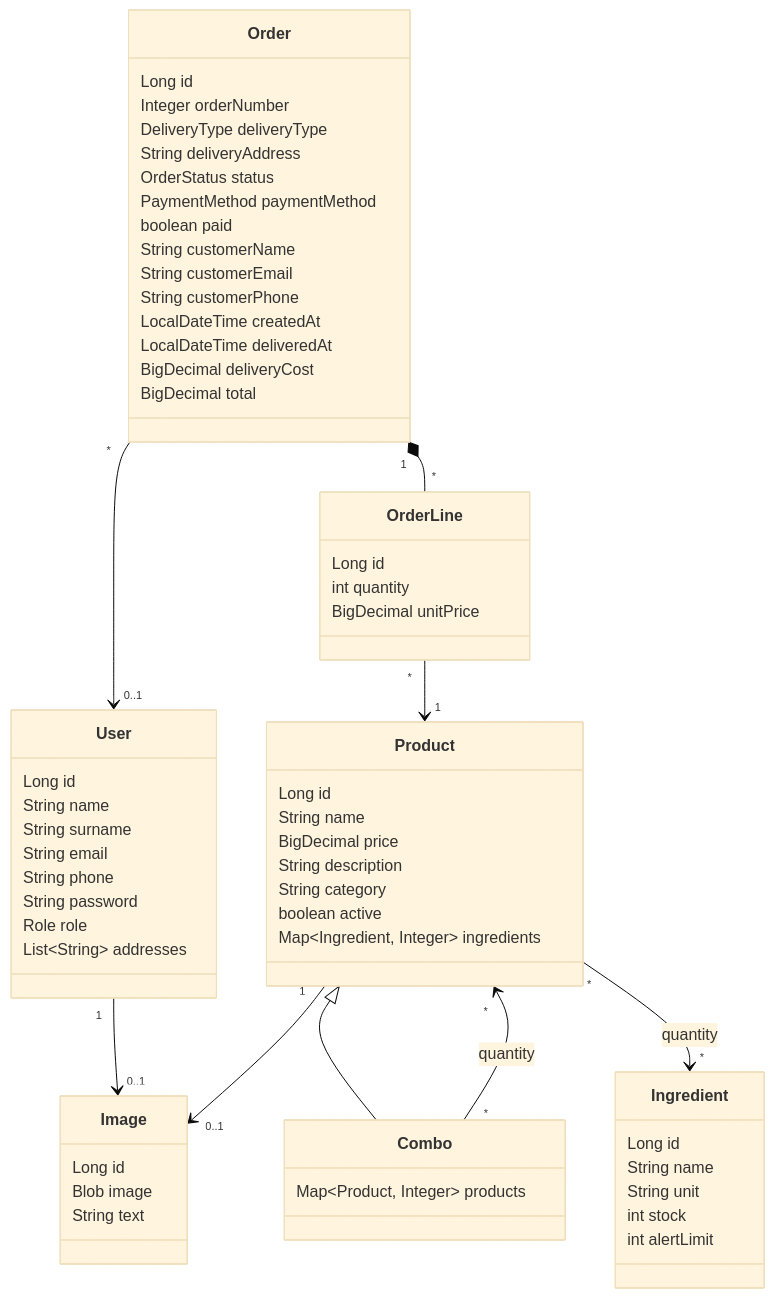
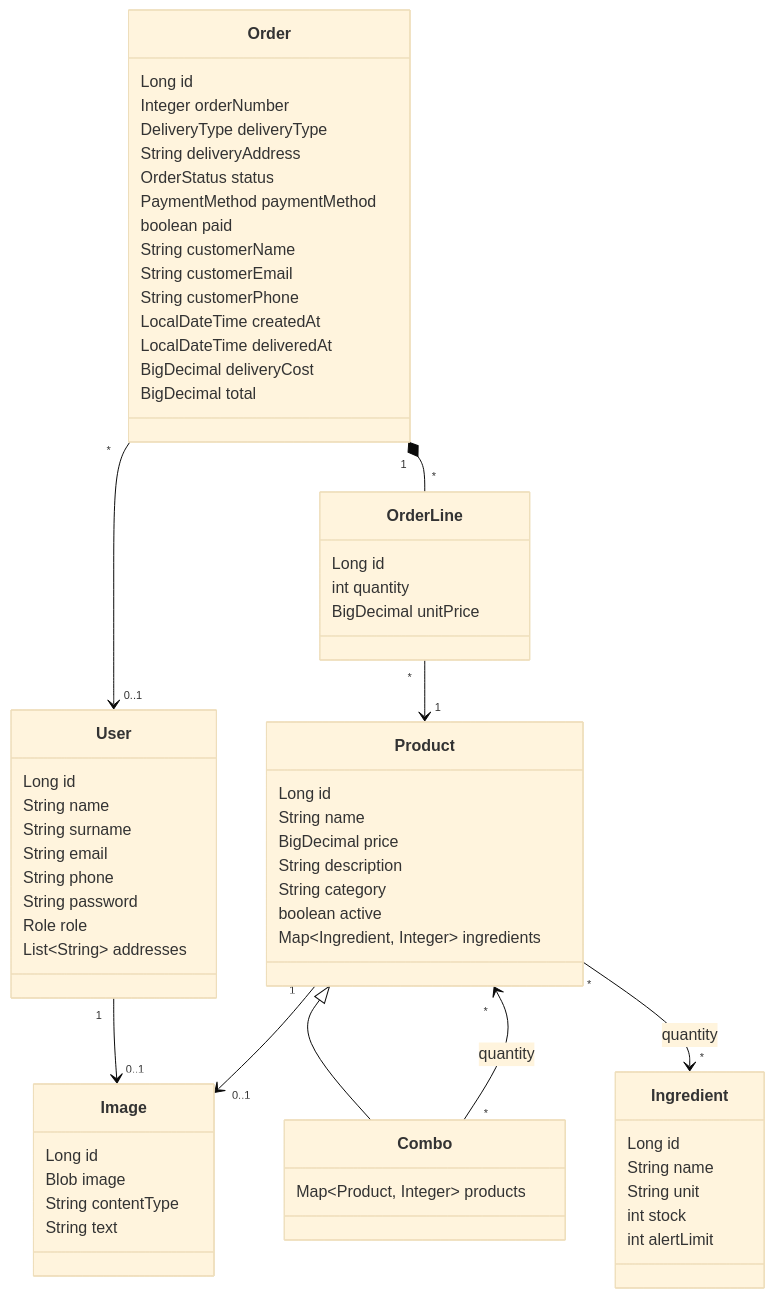
The first of 2 diagrams in docs/development-guide.md (codeurjc-students/2026-Kombo), drawn with Mermaid (base theme) before and after one commit. The commit also changed other lines of this file and 6 other files, not shown here.

````diff
--- a/docs/development-guide.md
+++ b/docs/development-guide.md
@@ -65,67 +65,68 @@
 ```mermaid
 classDiagram
     class User {
         Long id
         String name
         String surname
         String email
         String phone
         String password
         Role role
         List~String~ addresses
     }
     class Image {
         Long id
         Blob image
+        String contentType
         String text
     }
     class Ingredient {
         Long id
         String name
         String unit
         int stock
         int alertLimit
     }
     class Product {
         Long id
         String name
         BigDecimal price
         String description
         String category
         boolean active
         Map~Ingredient, Integer~ ingredients
     }
     class Combo {
         Map~Product, Integer~ products
     }
     class Order {
         Long id
         Integer orderNumber
         DeliveryType deliveryType
         String deliveryAddress
         OrderStatus status
         PaymentMethod paymentMethod
         boolean paid
         String customerName
         String customerEmail
         String customerPhone
         LocalDateTime createdAt
         LocalDateTime deliveredAt
         BigDecimal deliveryCost
         BigDecimal total
     }
     class OrderLine {
         Long id
         int quantity
         BigDecimal unitPrice
     }
 
     Product <|-- Combo
     User "1" --> "0..1" Image
     Product "1" --> "0..1" Image
     Product "*" --> "*" Ingredient : quantity
     Combo "*" --> "*" Product : quantity
     Order "*" --> "0..1" User
     Order "1" *-- "*" OrderLine
     OrderLine "*" --> "1" Product
 ```
````
